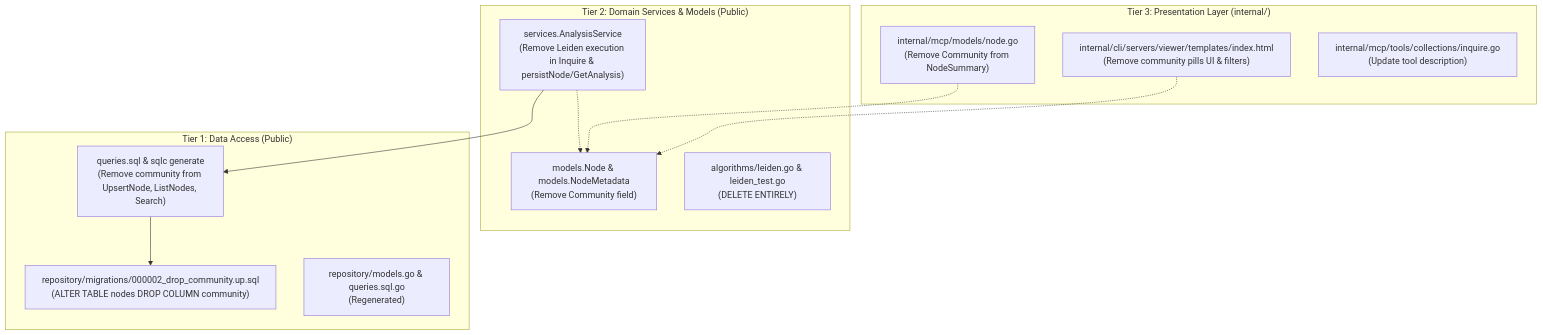
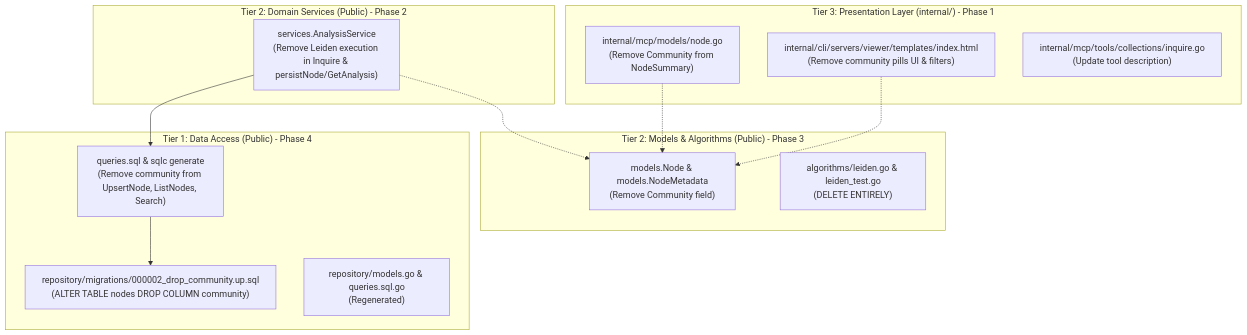
The first of 2 diagrams in docs/plans/remove-leiden-algorithm.md (coreofscience/go-bibx), drawn with Mermaid before and after one commit. The commit also changed other lines of this file, not shown here.

Commit message:
docs: order plan top-down from presentation to storage

````diff
--- a/docs/plans/remove-leiden-algorithm.md
+++ b/docs/plans/remove-leiden-algorithm.md
@@ -29,26 +29,29 @@
 ```mermaid
 flowchart TD
-    subgraph Presentation ["Tier 3: Presentation Layer (internal/)"]
+    subgraph Presentation ["Tier 3: Presentation Layer (internal/) - Phase 1"]
         Viewer["internal/cli/servers/viewer/templates/index.html\n(Remove community pills UI & filters)"]
         MCPModels["internal/mcp/models/node.go\n(Remove Community from NodeSummary)"]
         MCPInquire["internal/mcp/tools/collections/inquire.go\n(Update tool description)"]
     end
 
-    subgraph Domain ["Tier 2: Domain Services & Models (Public)"]
+    subgraph DomainServices ["Tier 2: Domain Services (Public) - Phase 2"]
         AnaSvc["services.AnalysisService\n(Remove Leiden execution in Inquire & persistNode/GetAnalysis)"]
+    end
+
+    subgraph DomainModels ["Tier 2: Models & Algorithms (Public) - Phase 3"]
         ModelsNode["models.Node & models.NodeMetadata\n(Remove Community field)"]
         AlgoLeiden["algorithms/leiden.go & leiden_test.go\n(DELETE ENTIRELY)"]
     end
 
-    subgraph DataAccess ["Tier 1: Data Access (Public)"]
+    subgraph DataAccess ["Tier 1: Data Access (Public) - Phase 4"]
         Migration["repository/migrations/000002_drop_community.up.sql\n(ALTER TABLE nodes DROP COLUMN community)"]
         Queries["queries.sql & sqlc generate\n(Remove community from UpsertNode, ListNodes, Search)"]
         RepoModels["repository/models.go & queries.sql.go\n(Regenerated)"]
     end
 
     Viewer -.-> ModelsNode
     MCPModels -.-> ModelsNode
     AnaSvc -.-> ModelsNode
     AnaSvc --> Queries
     Queries --> Migration
 ```
````
